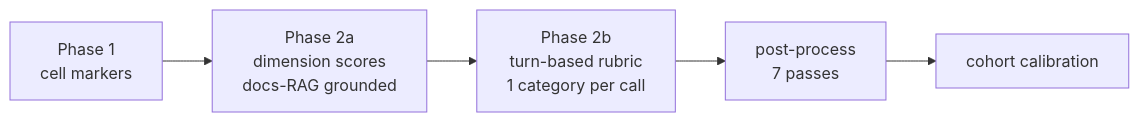
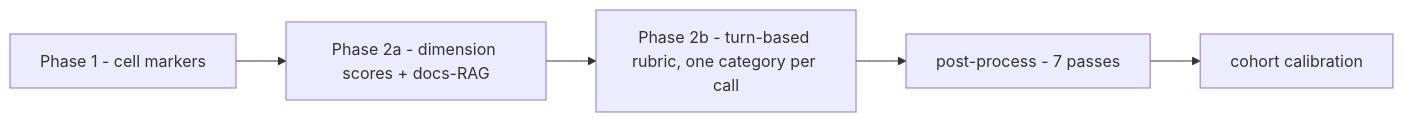
Before and after one commit to EmKaCe/scipro_review: the second of 2 diagrams in README.md, drawn with Mermaid. The commit also changed other lines of this file and 2 other files, not shown here.

First line of the commit message:
fix(public-review): student-mode settings gating + GitHub-robust README diagrams

````diff
--- a/README.md
+++ b/README.md
@@ -556,7 +556,7 @@
 ```mermaid
 flowchart LR
-    P1[Phase 1<br/>cell markers] --> P2A[Phase 2a<br/>dimension scores<br/>docs-RAG grounded]
-    P2A --> P2B[Phase 2b<br/>turn-based rubric<br/>1 category per call]
-    P2B --> PP[post-process<br/>7 passes]
+    P1[Phase 1 - cell markers] --> P2A[Phase 2a - dimension scores + docs-RAG]
+    P2A --> P2B[Phase 2b - turn-based rubric, one category per call]
+    P2B --> PP[post-process - 7 passes]
     PP --> CAL[cohort calibration]
 ```
````
